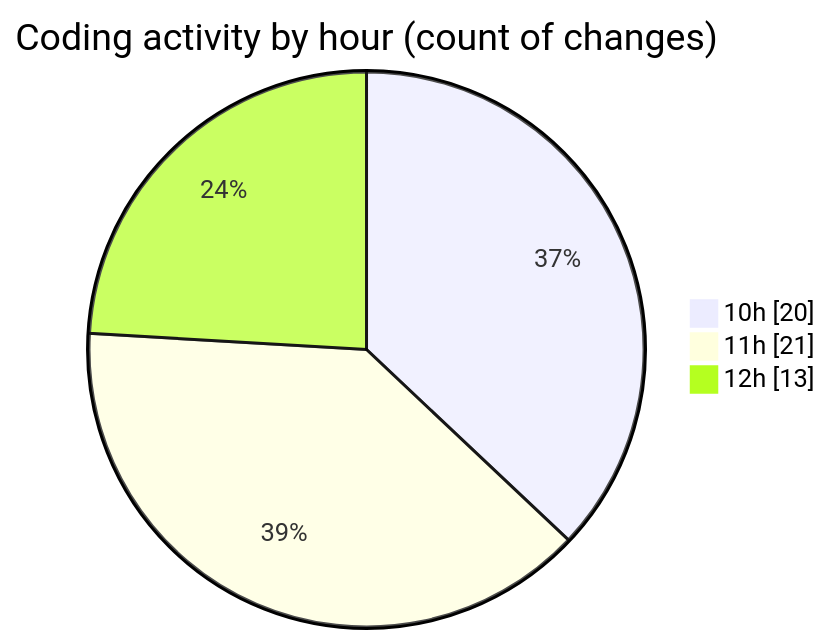
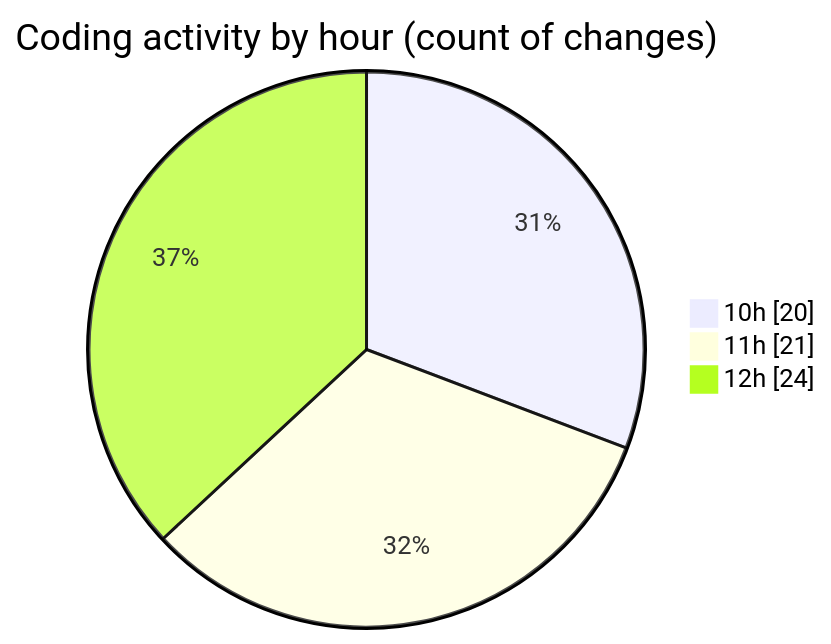
The second of 2 diagrams in 2025-05-20/cda/README.md (momahboobian/code-tracking), drawn with Mermaid before and after one commit. The commit also changed other lines of this file and 1 other file, not shown here.

````diff
--- a/2025-05-20/cda/README.md
+++ b/2025-05-20/cda/README.md
@@ -42,7 +42,7 @@
 ```mermaid
 pie showData
 title Coding activity by hour (count of changes)
 "10h" : 20
 "11h" : 21
-"12h" : 13
+"12h" : 24
 ```
````
